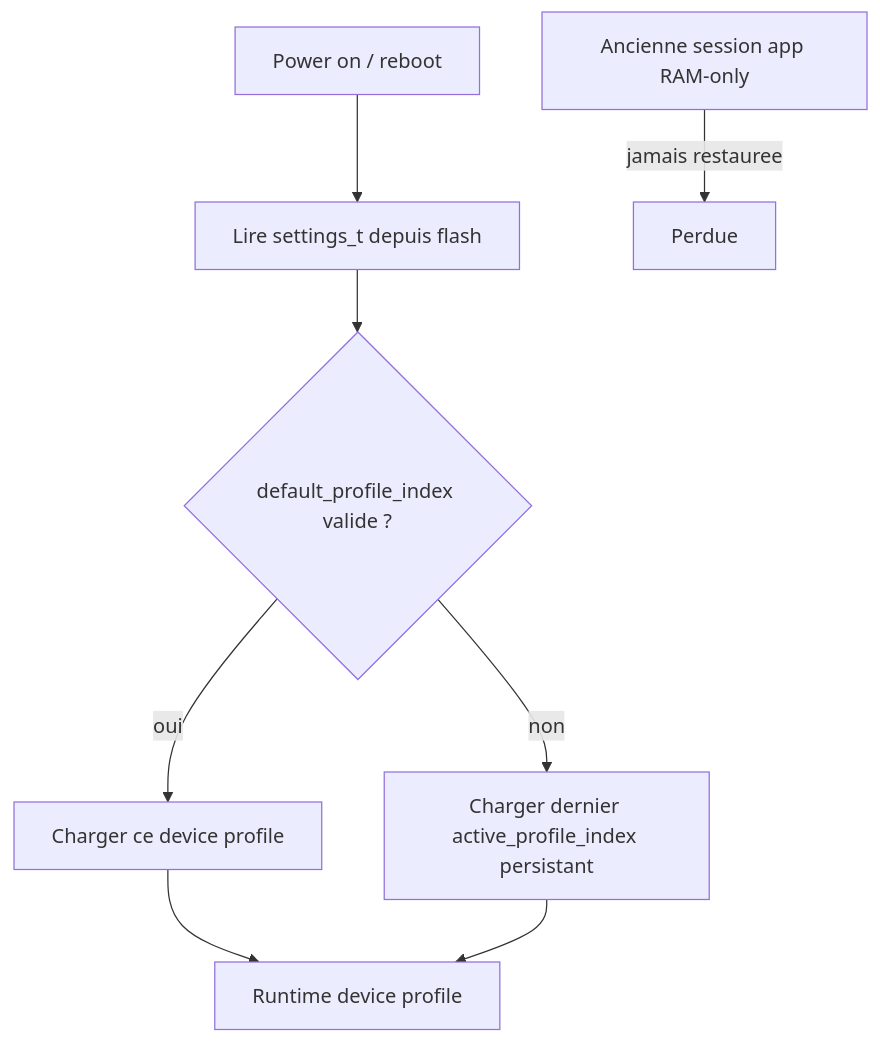
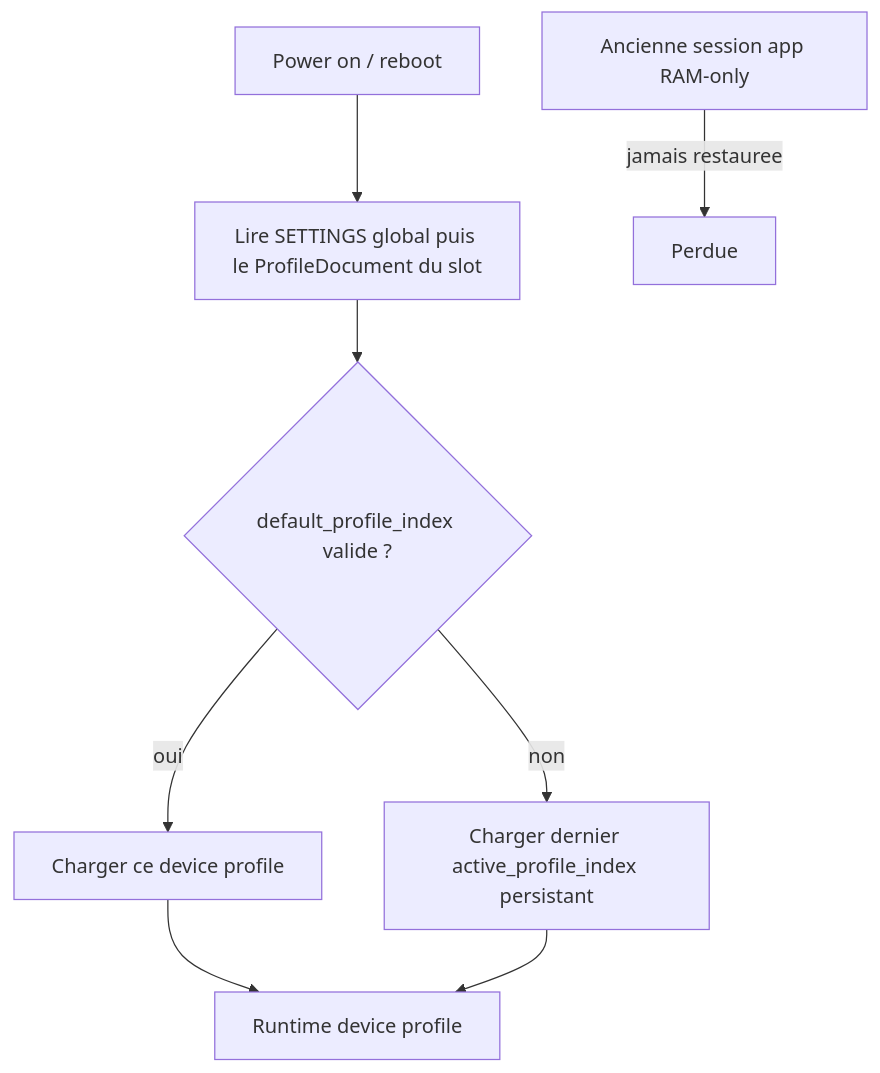
One commit to Fefe-Nayz/kbhe-monorepo changed the eighth of 8 diagrams in docs/firmware/profiles.md. Above: the diagram before and after it, drawn with Mermaid. The commit also changed other lines of this file and 189 other files, not shown here.

````diff
--- a/docs/firmware/profiles.md
+++ b/docs/firmware/profiles.md
@@ -170,11 +177,11 @@
 ```mermaid
 flowchart TD
-  PowerOn["Power on / reboot"] --> LoadFlash["Lire settings_t depuis flash"]
+  PowerOn["Power on / reboot"] --> LoadFlash["Lire SETTINGS global puis le ProfileDocument du slot"]
   LoadFlash --> HasDefault{"default_profile_index valide ?"}
   HasDefault -->|oui| BootDefault["Charger ce device profile"]
   HasDefault -->|non| BootLast["Charger dernier active_profile_index persistant"]
   BootDefault --> Runtime["Runtime device profile"]
   BootLast --> Runtime
 
   Temp["Ancienne session app RAM-only"] -->|jamais restauree| Lost["Perdue"]
 ```
````
